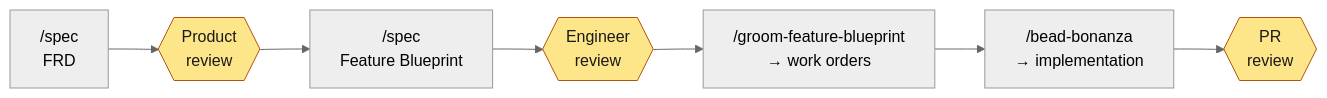
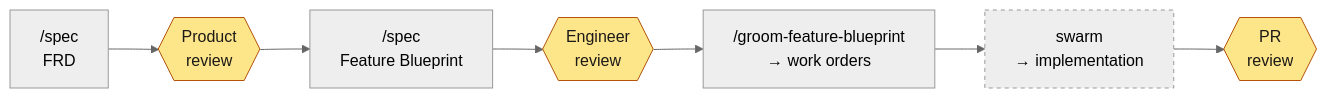
The diagram in README.md (brettcallaghan/specs), drawn with Mermaid (neutral theme) before and after one commit. The commit also changed other lines of this file and 59 other files, not shown here.

````diff
--- a/README.md
+++ b/README.md
@@ -47,13 +47,14 @@
 ```mermaid
 flowchart LR
     A["/spec<br/>FRD"] --> B{{"Product<br/>review"}}
     B --> C["/spec<br/>Feature Blueprint"]
     C --> D{{"Engineer<br/>review"}}
     D --> E["/groom-feature-blueprint<br/>→ work orders"]
-    E --> F["/bead-bonanza<br/>→ implementation"]
+    E --> F["swarm<br/>→ implementation"]
     F --> G{{"PR<br/>review"}}
 
     style B fill:#fde68a,stroke:#b45309,color:#1c1917
     style D fill:#fde68a,stroke:#b45309,color:#1c1917
     style G fill:#fde68a,stroke:#b45309,color:#1c1917
+    style F stroke-dasharray: 4 4
 ```
````
